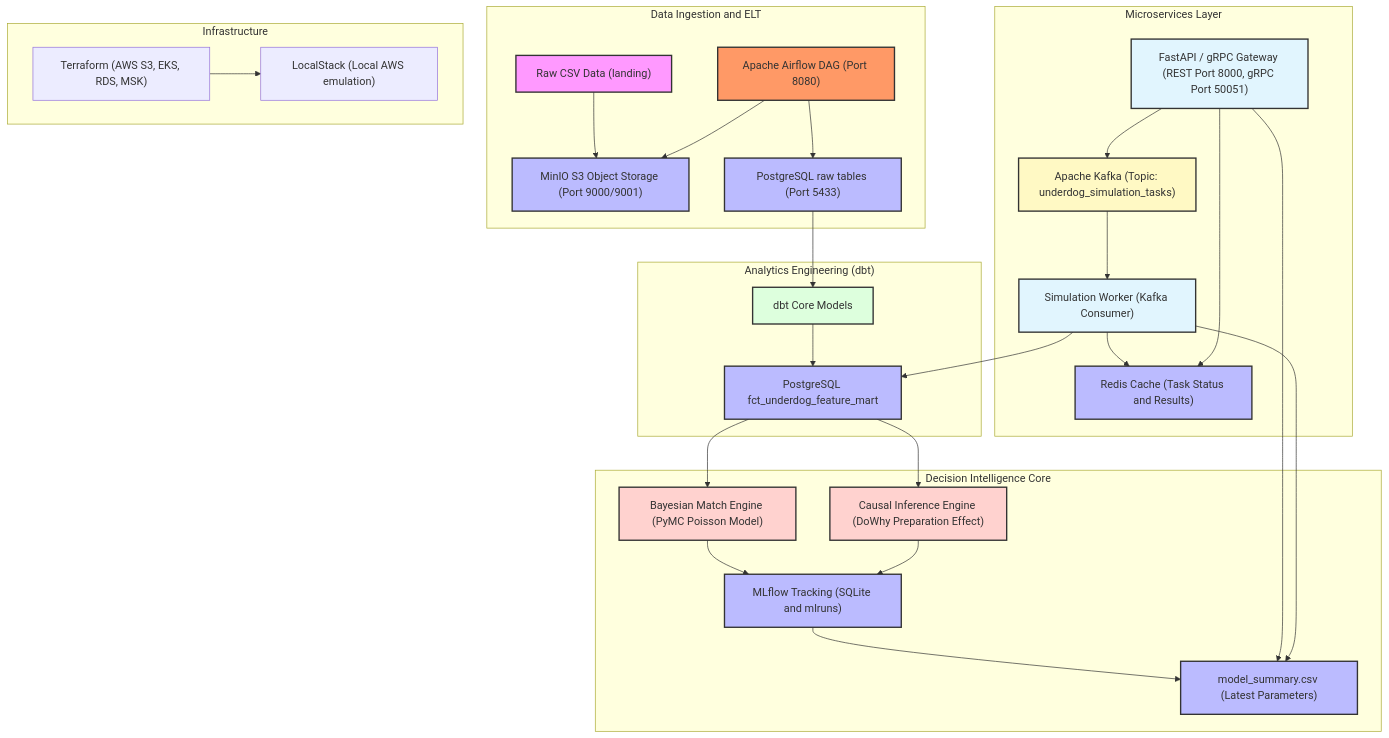
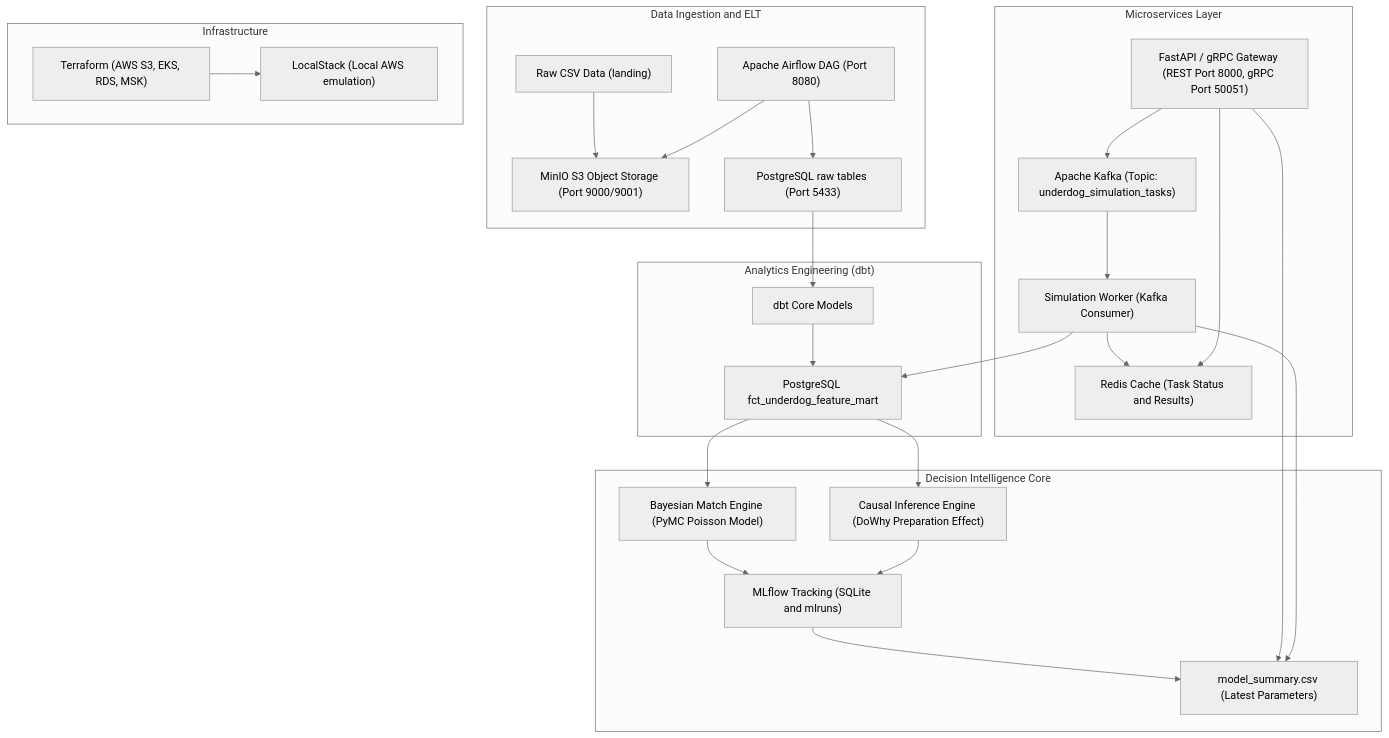
One commit to MJenius/UnderdogAI changed the diagram in README.md. Above: the diagram before and after it, drawn with Mermaid. The commit also changed other lines of this file, not shown here.

````diff
--- a/README.md
+++ b/README.md
@@ -34,69 +34,61 @@
 ```mermaid
+%%{init: {'theme': 'neutral'}}%%
 graph TD
-    %% Styling
-    classDef datasource fill:#f9f,stroke:#333,stroke-width:2px;
-    classDef storage fill:#bbf,stroke:#333,stroke-width:2px;
-    classDef orchestrator fill:#f96,stroke:#333,stroke-width:2px;
-    classDef transform fill:#dfd,stroke:#333,stroke-width:2px;
-    classDef model fill:#ffd2cf,stroke:#333,stroke-width:2px;
-    classDef api fill:#e1f5fe,stroke:#333,stroke-width:2px;
-    classDef streaming fill:#fff9c4,stroke:#333,stroke-width:2px;
-
     %% Data Sources & Ingestion
     subgraph Ingestion ["Data Ingestion and ELT"]
-        CSV["Raw CSV Data (landing)"]:::datasource
-        MinIO["MinIO S3 Object Storage (Port 9000/9001)"]:::storage
-        Airflow["Apache Airflow DAG (Port 8080)"]:::orchestrator
-        PostgresRaw["PostgreSQL raw tables (Port 5433)"]:::storage
+        CSV["Raw CSV Data (landing)"]
+        MinIO["MinIO S3 Object Storage (Port 9000/9001)"]
+        Airflow["Apache Airflow DAG (Port 8080)"]
+        PostgresRaw["PostgreSQL raw tables (Port 5433)"]
         
         CSV --> MinIO
         Airflow --> MinIO
         Airflow --> PostgresRaw
     end
 
     %% Transformations
     subgraph Transformation ["Analytics Engineering (dbt)"]
-        dbt["dbt Core Models"]:::transform
-        PostgresMart["PostgreSQL fct_underdog_feature_mart"]:::storage
+        dbt["dbt Core Models"]
+        PostgresMart["PostgreSQL fct_underdog_feature_mart"]
         
         PostgresRaw --> dbt
         dbt --> PostgresMart
     end
 
     %% Intelligence & Models
     subgraph Intelligence ["Decision Intelligence Core"]
-        Bayesian["Bayesian Match Engine (PyMC Poisson Model)"]:::model
-        Causal["Causal Inference Engine (DoWhy Preparation Effect)"]:::model
-        MLflow["MLflow Tracking (SQLite and mlruns)"]:::storage
-        ModelCSV["model_summary.csv (Latest Parameters)"]:::storage
+        Bayesian["Bayesian Match Engine (PyMC Poisson Model)"]
+        Causal["Causal Inference Engine (DoWhy Preparation Effect)"]
+        MLflow["MLflow Tracking (SQLite and mlruns)"]
+        ModelCSV["model_summary.csv (Latest Parameters)"]
         
         PostgresMart --> Bayesian
         PostgresMart --> Causal
         Bayesian --> MLflow
         Causal --> MLflow
         MLflow --> ModelCSV
     end
 
     %% Microservices Layer
     subgraph Microservices ["Microservices Layer"]
-        FastAPI["FastAPI / gRPC Gateway (REST Port 8000, gRPC Port 50051)"]:::api
-        Kafka["Apache Kafka (Topic: underdog_simulation_tasks)"]:::streaming
-        Worker["Simulation Worker (Kafka Consumer)"]:::api
-        Redis["Redis Cache (Task Status and Results)"]:::storage
+        FastAPI["FastAPI / gRPC Gateway (REST Port 8000, gRPC Port 50051)"]
+        Kafka["Apache Kafka (Topic: underdog_simulation_tasks)"]
+        Worker["Simulation Worker (Kafka Consumer)"]
+        Redis["Redis Cache (Task Status and Results)"]
         
         FastAPI --> ModelCSV
         FastAPI --> Kafka
         Kafka --> Worker
         Worker --> ModelCSV
         Worker --> PostgresMart
         Worker --> Redis
         FastAPI --> Redis
     end
 
     %% Deployments
     subgraph Deployment ["Infrastructure"]
         Terraform["Terraform (AWS S3, EKS, RDS, MSK)"]
         LocalStack["LocalStack (Local AWS emulation)"]
         Terraform --> LocalStack
     end
 ```
````
